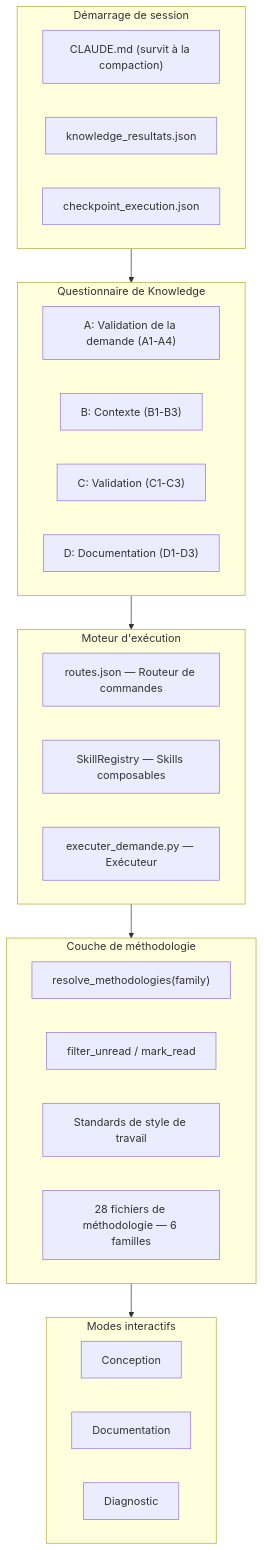
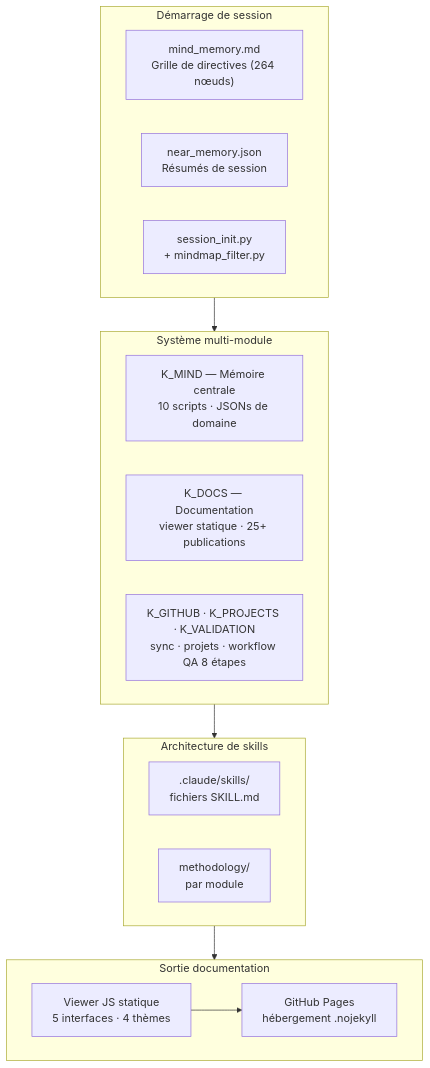
One commit to packetqc/K_DOCS changed the fourth of 4 diagrams in docs/fr/publications/knowledge-2.0/full/index.md. Above: the diagram before and after it, drawn with Mermaid. The commit also changed other lines of this file and 1 other file, not shown here.

Commit message:
docs: update knowledge-2.0 mermaid diagrams to K2.0 architecture
Update evolution (v1→v2) and complete architecture diagrams to show
multi-module system, mind-first memory, skill-based routing, static
web viewer. Router and dedup diagrams match their surrounding text.

````diff
--- a/docs/fr/publications/knowledge-2.0/full/index.md
+++ b/docs/fr/publications/knowledge-2.0/full/index.md
@@ -247,39 +247,29 @@
 ```mermaid
 flowchart TB
     subgraph BOOT["Démarrage de session"]
-        CLAUDE_MD["CLAUDE.md (survit à la compaction)"]
-        KNOWLEDGE["knowledge_resultats.json"]
-        CHECKPOINT["checkpoint_execution.json"]
+        MINDMAP["mind_memory.md<br/>Grille de directives (264 nœuds)"]
+        NEAR["near_memory.json<br/>Résumés de session"]
+        INIT["session_init.py<br/>+ mindmap_filter.py"]
     end
 
-    subgraph QUESTIONNAIRE["Questionnaire de Knowledge"]
-        A["A: Validation de la demande (A1-A4)"]
-        B["B: Contexte (B1-B3)"]
-        C["C: Validation (C1-C3)"]
-        D["D: Documentation (D1-D3)"]
+    subgraph MODULES["Système multi-module"]
+        KMIND["K_MIND — Mémoire centrale<br/>10 scripts · JSONs de domaine"]
+        KDOCS["K_DOCS — Documentation<br/>viewer statique · 25+ publications"]
+        KOTHER["K_GITHUB · K_PROJECTS · K_VALIDATION<br/>sync · projets · workflow QA 8 étapes"]
     end
 
-    subgraph ENGINE["Moteur d'exécution"]
-        ROUTER["routes.json — Routeur de commandes"]
-        SKILLS["SkillRegistry — Skills composables"]
-        EXEC["executer_demande.py — Exécuteur"]
+    subgraph SKILLS["Architecture de skills"]
+        SKILLMD[".claude/skills/<br/>fichiers SKILL.md"]
+        METHODOLOGY["methodology/<br/>par module"]
     end
 
-    subgraph METHODOLOGY_LAYER["Couche de méthodologie"]
-        RESOLVE["resolve_methodologies(family)"]
-        DEDUP["filter_unread / mark_read"]
-        STANDARDS["Standards de style de travail"]
-        FILES["28 fichiers de méthodologie — 6 familles"]
+    subgraph OUTPUT["Sortie documentation"]
+        VIEWER["Viewer JS statique<br/>5 interfaces · 4 thèmes"]
+        PAGES["GitHub Pages<br/>hébergement .nojekyll"]
     end
 
-    subgraph INTERACTIVE["Modes interactifs"]
-        IC["Conception"]
-        ID2["Documentation"]
-        IDI["Diagnostic"]
-    end
-
-    BOOT --> QUESTIONNAIRE
-    QUESTIONNAIRE --> ENGINE
-    ENGINE --> METHODOLOGY_LAYER
-    METHODOLOGY_LAYER --> INTERACTIVE
+    BOOT --> MODULES
+    MODULES --> SKILLS
+    SKILLS --> OUTPUT
+    VIEWER --> PAGES
 ```
````
